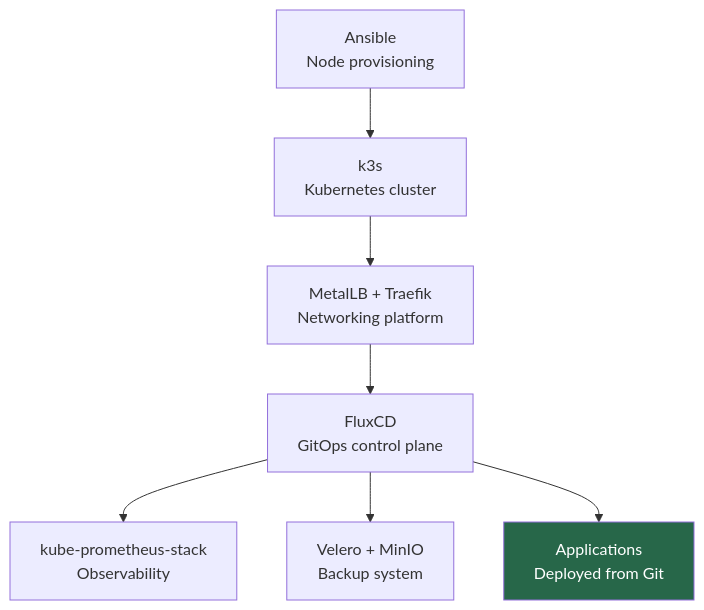
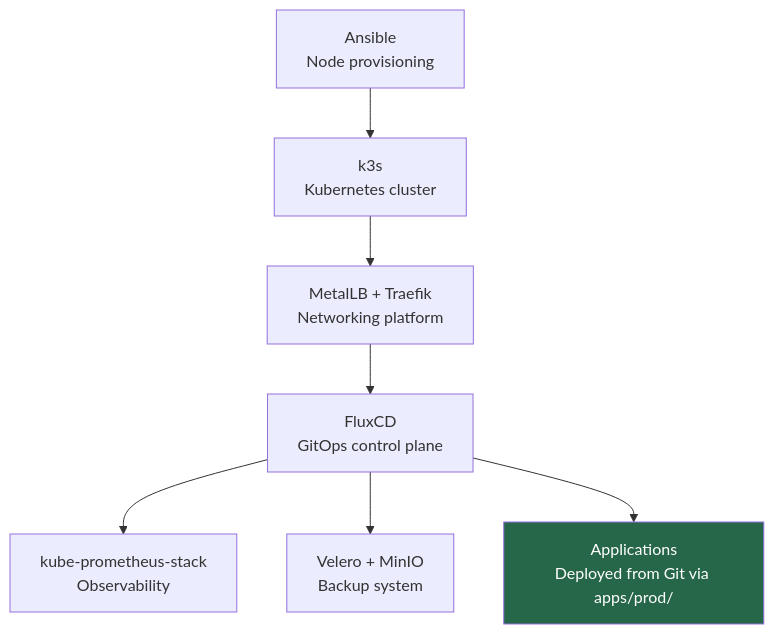
Before and after one commit to Kagiso-me/homelab-infrastructure: the third of 3 diagrams in docs/guides/12-Applications-GitOps.md, drawn with Mermaid. The commit also changed other lines of this file and 47 other files, not shown here.

````diff
--- a/docs/guides/12-Applications-GitOps.md
+++ b/docs/guides/12-Applications-GitOps.md
@@ -386,10 +729,10 @@
 ```mermaid
 graph TD
     A["Ansible<br/>Node provisioning"] --> B["k3s<br/>Kubernetes cluster"]
     B --> C["MetalLB + Traefik<br/>Networking platform"]
     C --> D["FluxCD<br/>GitOps control plane"]
     D --> E["kube-prometheus-stack<br/>Observability"]
     D --> F["Velero + MinIO<br/>Backup system"]
-    D --> G["Applications<br/>Deployed from Git"]
+    D --> G["Applications<br/>Deployed from Git via apps/prod/"]
     style G fill:#276749,color:#fff
 ```
````
